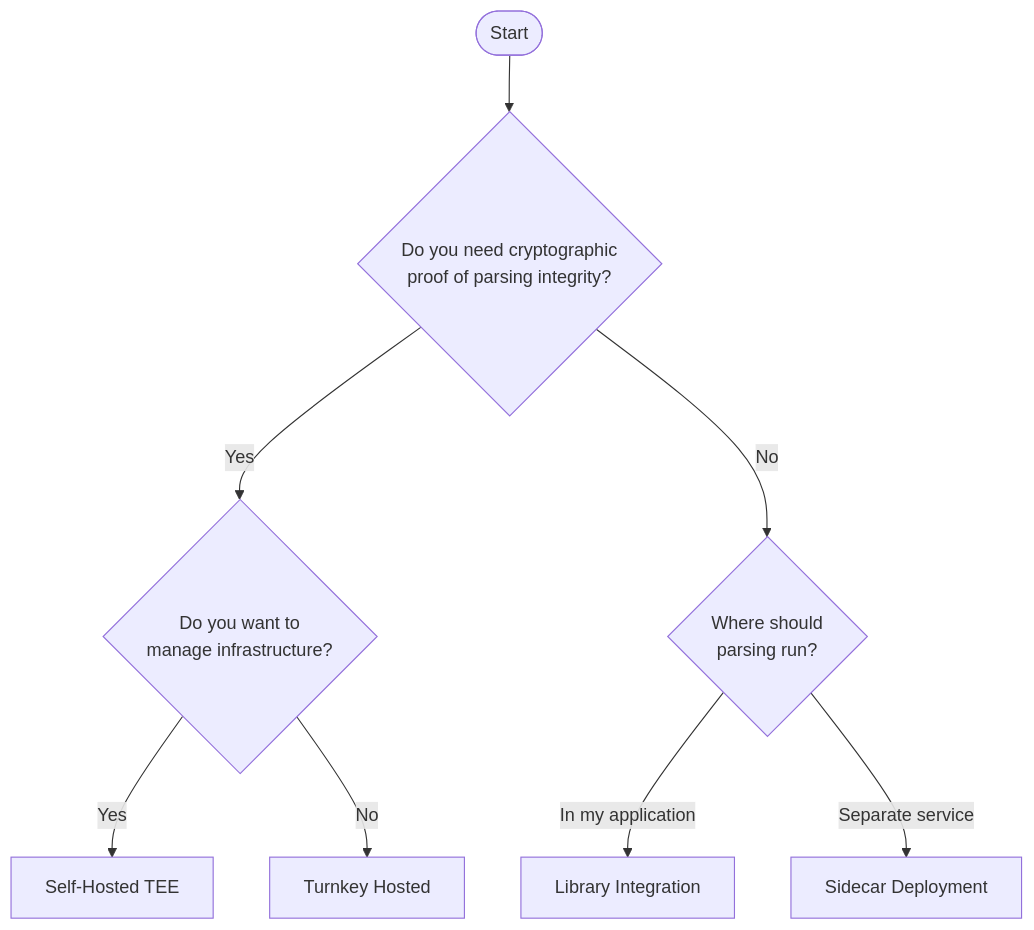
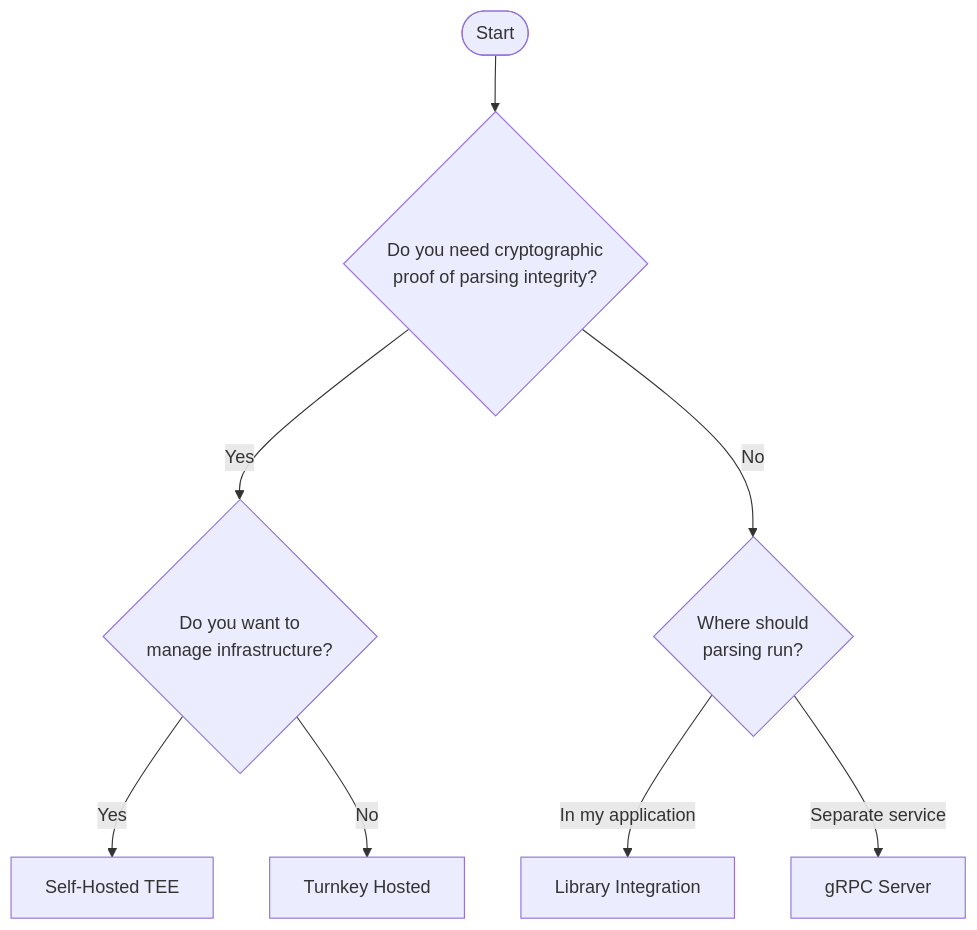
The diagram in docs/wallet-integration/overview.mdx (anchorageoss/visualsign-parser), drawn with Mermaid before and after one commit. The commit also changed other lines of this file and 7 other files, not shown here.

Commit message:
grpc server, not sidecar

````diff
--- a/docs/wallet-integration/overview.mdx
+++ b/docs/wallet-integration/overview.mdx
@@ -10,13 +10,13 @@
 ```mermaid
 flowchart TD
     START([Start]) --> Q1{Do you need cryptographic<br/>proof of parsing integrity?}
 
     Q1 -->|Yes| Q2{Do you want to<br/>manage infrastructure?}
     Q1 -->|No| Q3{Where should<br/>parsing run?}
 
     Q2 -->|Yes| SELF[Self-Hosted TEE]
     Q2 -->|No| HOSTED[Turnkey Hosted]
 
     Q3 -->|In my application| LIBRARY[Library Integration]
-    Q3 -->|Separate service| SIDECAR[Sidecar Deployment]
+    Q3 -->|Separate service| GRPC[gRPC Server]
 ```
````
